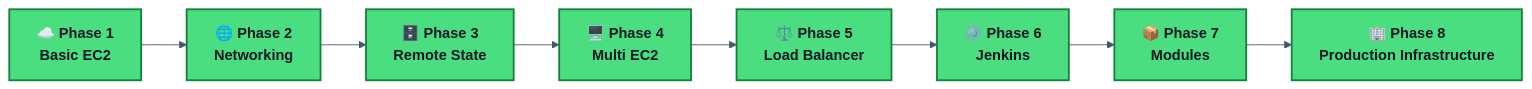
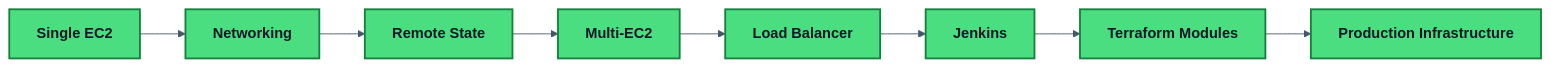
Before and after one commit to anshu-sharma-devops/key-learning-of-cloud-and-devops: the fifth of 5 diagrams in 01-terraform/README.md, drawn with Mermaid. The commit also changed other lines of this file and 4 other files, not shown here.

Commit message:
Add Jenkins phase 1 installation and setup

````diff
--- a/01-terraform/README.md
+++ b/01-terraform/README.md
@@ -469,31 +452,22 @@
 ```mermaid
 %%{init:{
 "theme":"base",
 "themeVariables":{
 "primaryTextColor":"#111827",
 "lineColor":"#475569",
 "background":"transparent"
 }}}%%
 
 flowchart LR
+    A["Single EC2"] --> B["Networking"]
+    B --> C["Remote State"]
+    C --> D["Multi-EC2"]
+    D --> E["Load Balancer"]
+    E --> F["Jenkins"]
+    F --> G["Terraform Modules"]
+    G --> H["Production Infrastructure"]
 
-A["☁️ Phase 1<br/>Basic EC2"]
--->
-B["🌐 Phase 2<br/>Networking"]
--->
-C["🗄️ Phase 3<br/>Remote State"]
--->
-D["🖥️ Phase 4<br/>Multi EC2"]
--->
-E["⚖️ Phase 5<br/>Load Balancer"]
--->
-F["⚙️ Phase 6<br/>Jenkins"]
--->
-G["📦 Phase 7<br/>Modules"]
--->
-H["🏢 Phase 8<br/>Production Infrastructure"]
+    classDef done fill:#4ADE80,stroke:#15803D,color:#111827,stroke-width:2px,font-weight:bold;
 
-classDef done fill:#4ADE80,stroke:#15803D,color:#111827,stroke-width:2px,font-weight:bold;
-
-class A,B,C,D,E,F,G,H done;
+    class A,B,C,D,E,F,G,H done;
 ```
````
